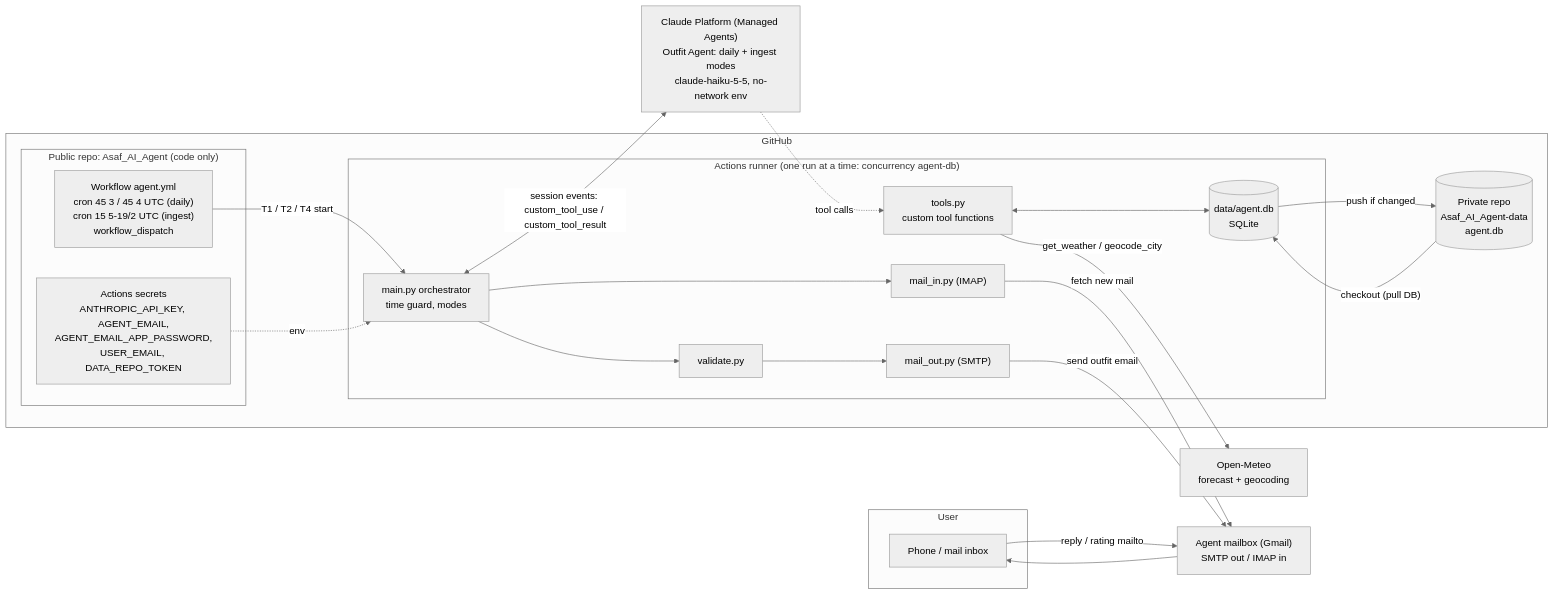
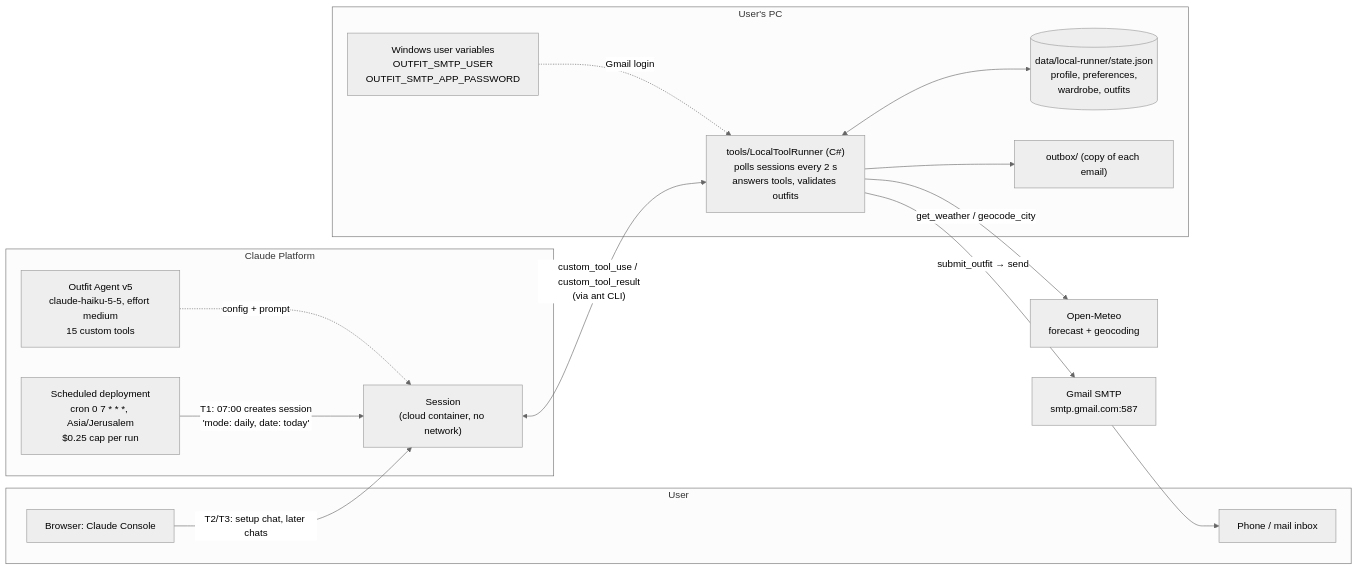
Before and after one commit to hodaya73-prog/Asaf_AI_Agent: the first of 6 diagrams in Architecture.md, drawn with Mermaid (neutral theme). The commit also changed other lines of this file and 7 other files, not shown here.

First line of the commit message:
Run the Outfit Agent daily from Claude Platform with a local tool runner

````diff
--- a/Architecture.md
+++ b/Architecture.md
@@ -36,42 +35,34 @@
 ```mermaid
 flowchart LR
-    subgraph USERSIDE["User"]
-        INBOX["Phone / mail inbox"]
+    subgraph USER["User"]
+        PHONE["Phone / mail inbox"]
+        CONSOLE_USER["Browser: Claude Console"]
     end
 
-    subgraph GITHUB["GitHub"]
-        subgraph PUBLIC["Public repo: Asaf_AI_Agent (code only)"]
-            WF["Workflow agent.yml<br/>cron 45 3 / 45 4 UTC (daily)<br/>cron 15 5-19/2 UTC (ingest)<br/>workflow_dispatch"]
-            SECRETS["Actions secrets<br/>ANTHROPIC_API_KEY, AGENT_EMAIL,<br/>AGENT_EMAIL_APP_PASSWORD,<br/>USER_EMAIL, DATA_REPO_TOKEN"]
-        end
-        subgraph RUNNER["Actions runner (one run at a time: concurrency agent-db)"]
-            MAIN["main.py orchestrator<br/>time guard, modes"]
-            TOOLS["tools.py<br/>custom tool functions"]
-            VALID["validate.py"]
-            MAILIN["mail_in.py (IMAP)"]
-            MAILOUT["mail_out.py (SMTP)"]
-            SQLITE[("data/agent.db<br/>SQLite")]
-        end
-        DATAREPO[("Private repo<br/>Asaf_AI_Agent-data<br/>agent.db")]
+    subgraph PLATFORM["Claude Platform"]
+        DEPLOY["Scheduled deployment<br/>cron 0 7 * * *, Asia/Jerusalem<br/>$0.25 cap per run"]
+        AGENT["Outfit Agent v5<br/>claude-haiku-5-5, effort medium<br/>15 custom tools"]
+        SESSION["Session<br/>(cloud container, no network)"]
     end
 
-    CLAUDE["Claude Platform (Managed Agents)<br/>Outfit Agent: daily + ingest modes<br/>claude-haiku-5-5, no-network env"]
+    subgraph PC["User's PC"]
+        RUNNER["tools/LocalToolRunner (C#)<br/>polls sessions every 2 s<br/>answers tools, validates outfits"]
+        STATE[("data/local-runner/state.json<br/>profile, preferences,<br/>wardrobe, outfits")]
+        OUTBOX["outbox/ (copy of each email)"]
+        ENV["Windows user variables<br/>OUTFIT_SMTP_USER<br/>OUTFIT_SMTP_APP_PASSWORD"]
+    end
+
     WEATHER["Open-Meteo<br/>forecast + geocoding"]
-    GMAIL["Agent mailbox (Gmail)<br/>SMTP out / IMAP in"]
+    GMAIL["Gmail SMTP<br/>smtp.gmail.com:587"]
 
-    WF -- "T1 / T2 / T4 start" --> MAIN
-    SECRETS -. "env" .-> MAIN
-    DATAREPO -- "checkout (pull DB)" --> SQLITE
-    MAIN --> MAILIN
-    MAILIN -- "fetch new mail" --> GMAIL
-    MAIN <--> |"session events: custom_tool_use / custom_tool_result"| CLAUDE
-    CLAUDE -. "tool calls" .-> TOOLS
-    TOOLS <--> SQLITE
-    TOOLS -- "get_weather / geocode_city" --> WEATHER
-    MAIN --> VALID
-    VALID --> MAILOUT
-    MAILOUT -- "send outfit email" --> GMAIL
-    GMAIL --> INBOX
-    INBOX -- "reply / rating mailto" --> GMAIL
-    SQLITE -- "push if changed" --> DATAREPO
+    DEPLOY -- "T1: 07:00 creates session<br/>'mode: daily, date: today'" --> SESSION
+    CONSOLE_USER -- "T2/T3: setup chat, later chats" --> SESSION
+    AGENT -. "config + prompt" .-> SESSION
+    SESSION <--> |"custom_tool_use / custom_tool_result<br/>(via ant CLI)"| RUNNER
+    RUNNER <--> STATE
+    RUNNER -- "get_weather / geocode_city" --> WEATHER
+    ENV -. "Gmail login" .-> RUNNER
+    RUNNER --> OUTBOX
+    RUNNER -- "submit_outfit → send" --> GMAIL
+    GMAIL --> PHONE
 ```
````
